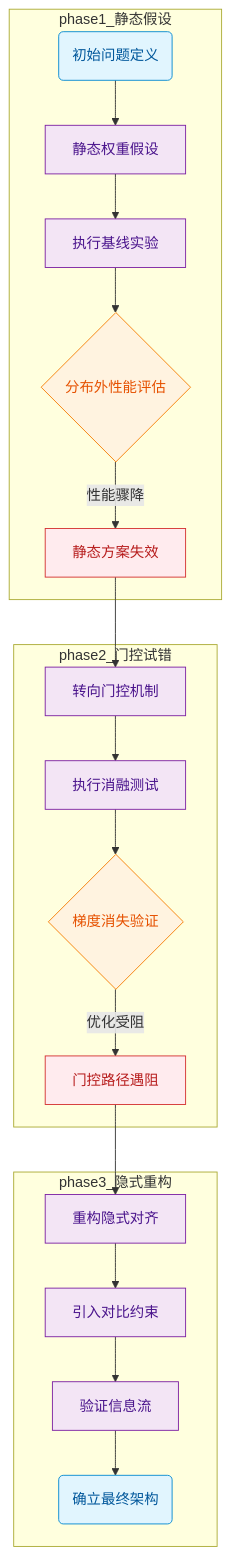
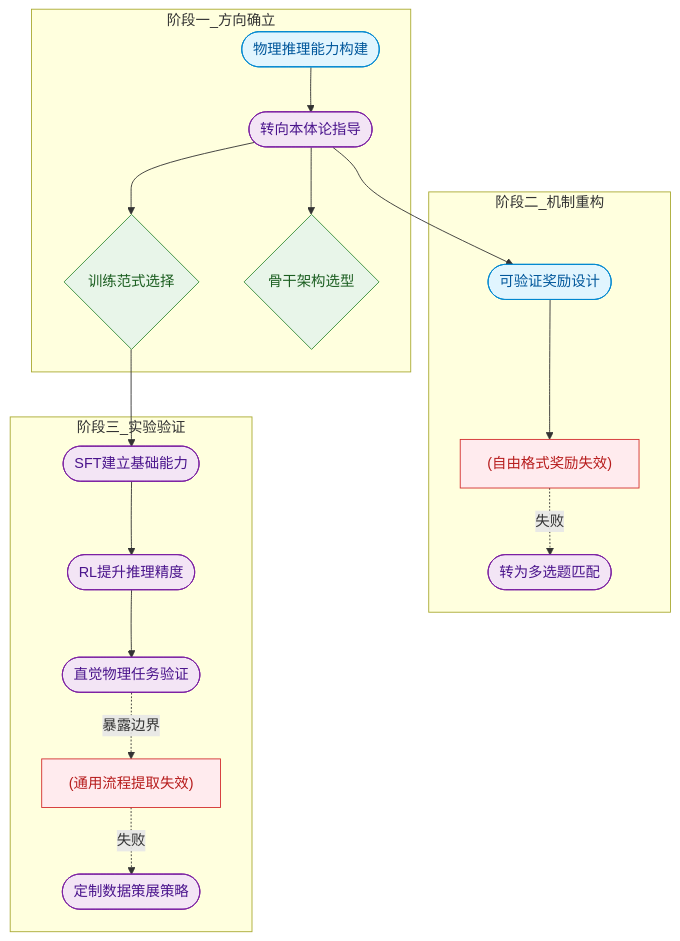
One commit to ShinewineW/paper-rolling changed the seventh of 10 diagrams in person_vault/2026-06-08_CosmosReason1_2503.15558/report.md. Above: the diagram before and after it, drawn with Mermaid. The commit also changed other lines of this file and 51 other files, not shown here.

````diff
--- a/person_vault/2026-06-08_CosmosReason1_2503.15558/report.md
+++ b/person_vault/2026-06-08_CosmosReason1_2503.15558/report.md
@@ -351,28 +404,28 @@
 ```mermaid
-flowchart TB
-  classDef start_end fill:#e1f5fe,color:#01579b,stroke:#0288d1;
-  classDef process fill:#f3e5f5,color:#4a148c,stroke:#7b1fa2;
-  classDef decision fill:#fff3e0,color:#e65100,stroke:#f57c00;
-  classDef dead_end fill:#ffebee,color:#b71c1c,stroke:#d32f2f;
+flowchart TD
+  classDef q fill:#e1f5fe,color:#01579b,stroke:#0288d1
+  classDef d fill:#e8f5e9,color:#1b5e20,stroke:#388e3c
+  classDef f fill:#ffebee,color:#b71c1c,stroke:#d32f2f
+  classDef r fill:#f3e5f5,color:#4a148c,stroke:#7b1fa2
 
-  subgraph phase1_静态假设
-    q_initial(初始问题定义):::start_end --> h_static["静态权重假设"]:::process
-    h_static --> exp_static["执行基线实验"]:::process
-    exp_static --> res_ood{分布外性能评估}:::decision
-    res_ood -- 性能骤降 --> dead_ood["静态方案失效"]:::dead_end
+  subgraph 阶段一_方向确立
+    q1(["物理推理能力构建"]):::q --> p1(["转向本体论指导"]):::r
+    p1 --> d1{训练范式选择}:::d
+    p1 --> d2{骨干架构选型}:::d
   end
 
-  subgraph phase2_门控试错
-    dead_ood --> pivot_gating["转向门控机制"]:::process
-    pivot_gating --> exp_gating["执行消融测试"]:::process
-    exp_gating --> res_grad{梯度消失验证}:::decision
-    res_grad -- 优化受阻 --> dead_grad["门控路径遇阻"]:::dead_end
+  subgraph 阶段二_机制重构
+    q2(["可验证奖励设计"]):::q --> de1["(自由格式奖励失效)"]:::f
+    de1 -.失败.-> l1(["转为多选题匹配"]):::r
   end
 
-  subgraph phase3_隐式重构
-    dead_grad --> pivot_align["重构隐式对齐"]:::process
-    pivot_align --> exp_align["引入对比约束"]:::process
-    exp_align --> res_final["验证信息流"]:::process
-    res_final --> v_final(确立最终架构):::start_end
+  subgraph 阶段三_实验验证
+    d1 --> e1(["SFT建立基础能力"]):::r
+    e1 --> e2(["RL提升推理精度"]):::r
+    e2 --> e3(["直觉物理任务验证"]):::r
+    e3 -.暴露边界.-> de2["(通用流程提取失效)"]:::f
+    de2 -.失败.-> l2(["定制数据策展策略"]):::r
   end
+
+  p1 --> q2
 ```
````
